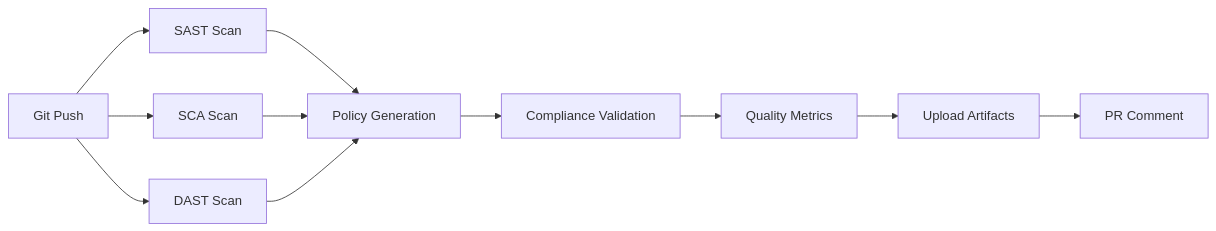
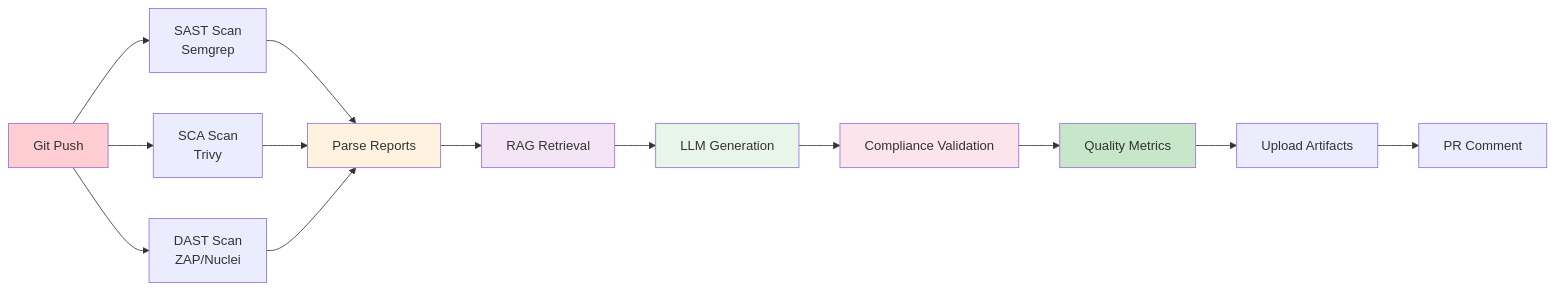
One commit to yousef-elgarch1/SecureFlow-AI---DevSecOps changed the second of 2 diagrams in README.md. Above: the diagram before and after it, drawn with Mermaid. The commit also changed other lines of this file, not shown here.

````diff
--- a/README.md
+++ b/README.md
@@ -480,13 +687,22 @@
 ```mermaid
 graph LR
-    A[Git Push] --> B[SAST Scan]
-    A --> C[SCA Scan]
-    A --> D[DAST Scan]
-    B --> E[Policy Generation]
+    A[Git Push] --> B[SAST Scan<br/>Semgrep]
+    A --> C[SCA Scan<br/>Trivy]
+    A --> D[DAST Scan<br/>ZAP/Nuclei]
+    B --> E[Parse Reports]
     C --> E
     D --> E
-    E --> F[Compliance Validation]
-    F --> G[Quality Metrics]
-    G --> H[Upload Artifacts]
-    H --> I[PR Comment]
+    E --> F[RAG Retrieval]
+    F --> G[LLM Generation]
+    G --> H[Compliance Validation]
+    H --> I[Quality Metrics]
+    I --> J[Upload Artifacts]
+    J --> K[PR Comment]
+
+    style A fill:#ffcdd2
+    style E fill:#fff3e0
+    style F fill:#f3e5f5
+    style G fill:#e8f5e9
+    style H fill:#fce4ec
+    style I fill:#c8e6c9
 ```
````
